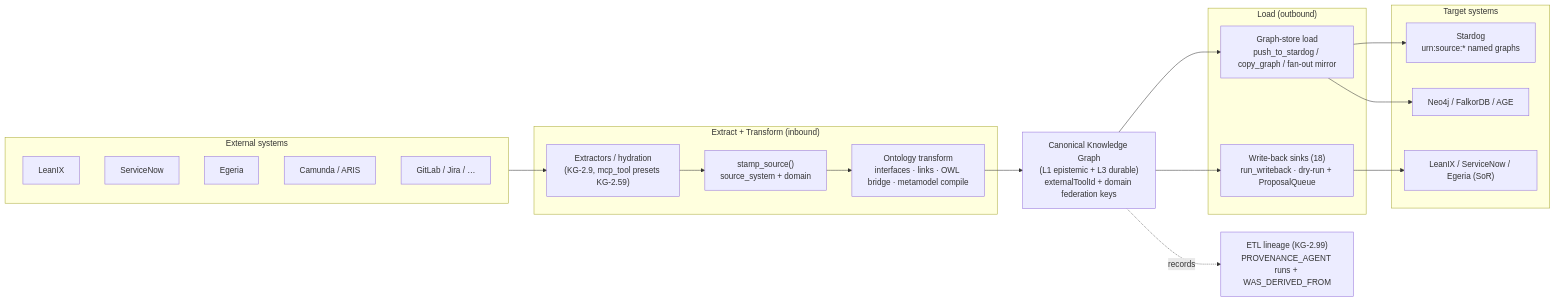
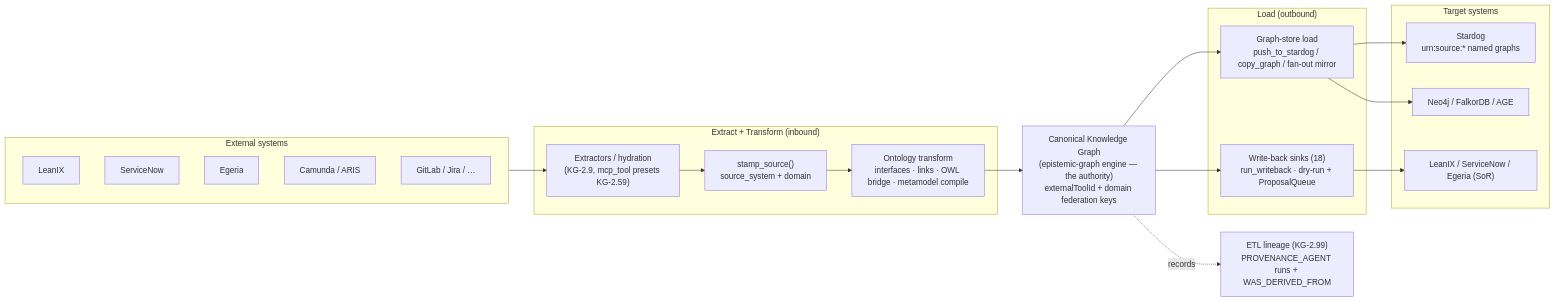
One commit to Knuckles-Team/agent-utilities changed the first of 3 diagrams in docs/architecture/kg_etl_hub.md. Above: the diagram before and after it, drawn with Mermaid. The commit also changed 59 other files, not shown here.

````diff
--- a/docs/architecture/kg_etl_hub.md
+++ b/docs/architecture/kg_etl_hub.md
@@ -23,26 +23,26 @@
 ```mermaid
 flowchart LR
     subgraph SRC["External systems"]
         LX["LeanIX"]; SN["ServiceNow"]; EG["Egeria"]; CAM["Camunda / ARIS"]; GIT["GitLab / Jira / …"]
     end
     subgraph IN["Extract + Transform (inbound)"]
         EXT["Extractors / hydration<br/>(KG-2.9, mcp_tool presets KG-2.59)"]
         PROV["stamp_source()<br/>source_system + domain"]
         ONT["Ontology transform<br/>interfaces · links · OWL bridge · metamodel compile"]
     end
-    HUB["Canonical Knowledge Graph<br/>(L1 epistemic + L3 durable)<br/>externalToolId + domain federation keys"]
+    HUB["Canonical Knowledge Graph<br/>(epistemic-graph engine — the authority)<br/>externalToolId + domain federation keys"]
     subgraph OUT["Load (outbound)"]
         WB["Write-back sinks (18)<br/>run_writeback · dry-run + ProposalQueue"]
         MIR["Graph-store load<br/>push_to_stardog / copy_graph / fan-out mirror"]
     end
     subgraph SINK["Target systems"]
         SD["Stardog<br/>urn:source:* named graphs"]; N4["Neo4j / FalkorDB / AGE"]; SOR["LeanIX / ServiceNow / Egeria (SoR)"]
     end
 
     SRC --> EXT --> PROV --> ONT --> HUB
     HUB --> WB --> SOR
     HUB --> MIR --> SD
     MIR --> N4
     LIN["ETL lineage (KG-2.99)<br/>PROVENANCE_AGENT runs + WAS_DERIVED_FROM"]
     HUB -.records.-> LIN
 ```
````
